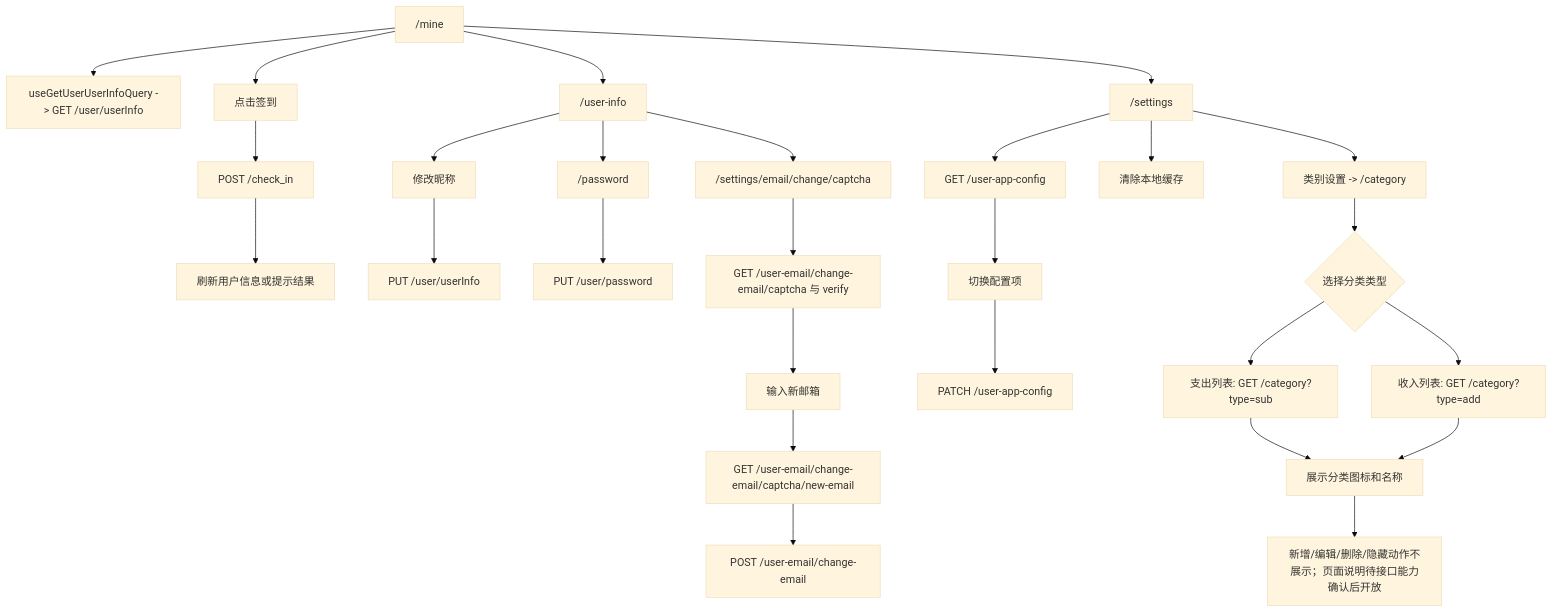
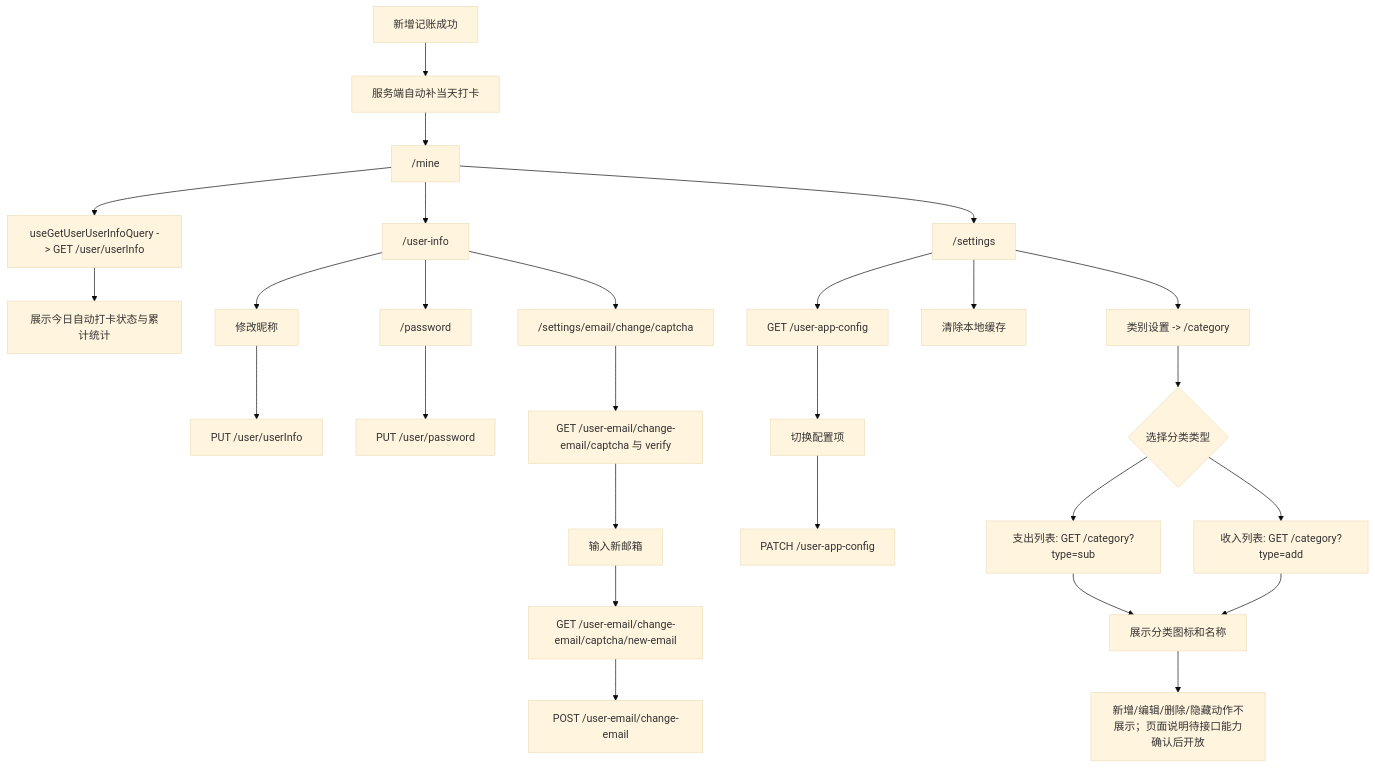
Diagram 12 of 12 in docs/flowcharts/feature-flows.md (whale-wave/ww-bill-client), drawn with Mermaid (base theme) before and after one commit. The commit also changed 7 other files, not shown here.

Commit message:
feat(user): present automatic check-in status

````diff
--- a/docs/flowcharts/feature-flows.md
+++ b/docs/flowcharts/feature-flows.md
@@ -330,31 +330,31 @@
 ```mermaid
 flowchart TD
   Mine["/mine"] --> UserInfoApi["useGetUserUserInfoQuery -> GET /user/userInfo"]
-  Mine --> CheckIn["点击签到"]
-  CheckIn --> CheckInApi["POST /check_in"]
-  CheckInApi --> RefreshUser["刷新用户信息或提示结果"]
+  Bookkeeping["新增记账成功"] --> AutoCheckIn["服务端自动补当天打卡"]
+  AutoCheckIn --> Mine
+  UserInfoApi --> CheckInStatus["展示今日自动打卡状态与累计统计"]
   Mine --> UserInfo["/user-info"]
   UserInfo --> EditName["修改昵称"]
   EditName --> PutUser["PUT /user/userInfo"]
   UserInfo --> Password["/password"]
   Password --> ChangePassword["PUT /user/password"]
   UserInfo --> EmailChange["/settings/email/change/captcha"]
 
   Mine --> Settings["/settings"]
   Settings --> QueryConfig["GET /user-app-config"]
   QueryConfig --> ToggleConfig["切换配置项"]
   ToggleConfig --> PatchConfig["PATCH /user-app-config"]
   Settings --> ClearCache["清除本地缓存"]
   Settings --> CategorySettings["类别设置 -> /category"]
   CategorySettings --> CategoryType{"选择分类类型"}
   CategoryType --> SubCategory["支出列表: GET /category?type=sub"]
   CategoryType --> AddCategory["收入列表: GET /category?type=add"]
   SubCategory --> CategoryList["展示分类图标和名称"]
   AddCategory --> CategoryList
   CategoryList --> Unsupported["新增/编辑/删除/隐藏动作不展示；页面说明待接口能力确认后开放"]
 
   EmailChange --> VerifyOld["GET /user-email/change-email/captcha 与 verify"]
   VerifyOld --> InputNew["输入新邮箱"]
   InputNew --> SendNew["GET /user-email/change-email/captcha/new-email"]
   SendNew --> SubmitNew["POST /user-email/change-email"]
 ```
````
